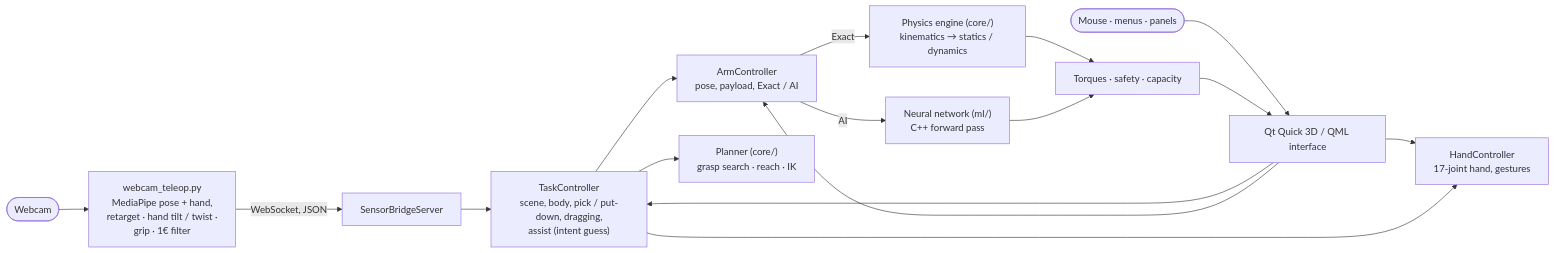
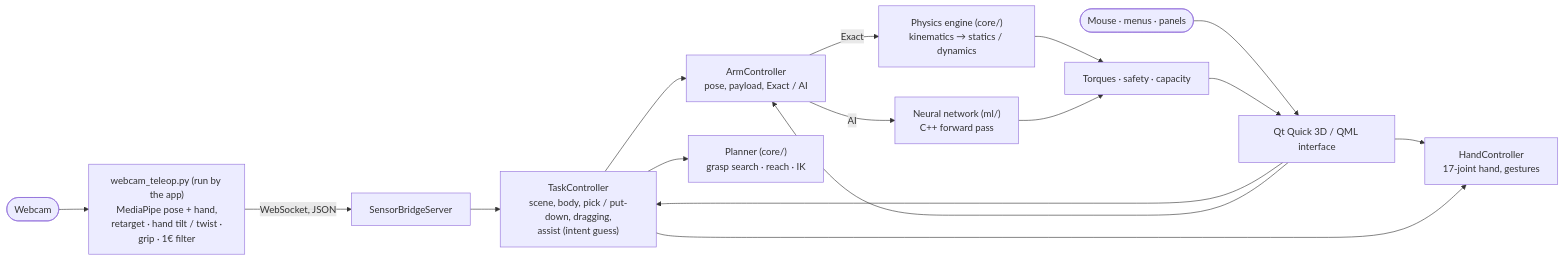
One commit to HSley13/robot-arm-analyzer changed the second of 2 diagrams in README.md. Above: the diagram before and after it, drawn with Mermaid. The commit also changed other lines of this file, not shown here.

First line of the commit message:
README: webcam runs inside the app - panel, behind view, one-time setup

````diff
--- a/README.md
+++ b/README.md
@@ -166,18 +166,18 @@
 ```mermaid
 flowchart LR
-    CAM(["Webcam"]) --> MP["webcam_teleop.py<br/>MediaPipe pose + hand,<br/>retarget · hand tilt / twist ·<br/>grip · 1€ filter"]
+    CAM(["Webcam"]) --> MP["webcam_teleop.py (run by the app)<br/>MediaPipe pose + hand,<br/>retarget · hand tilt / twist ·<br/>grip · 1€ filter"]
     MP -->|"WebSocket, JSON"| BR["SensorBridgeServer"]
     BR --> TC
     U(["Mouse · menus · panels"]) --> UI["Qt Quick 3D / QML interface"]
     UI --> TC["TaskController<br/>scene, body, pick / put-down, dragging,<br/>assist (intent guess)"]
     UI --> AC["ArmController<br/>pose, payload, Exact / AI"]
     UI --> HC["HandController<br/>17-joint hand, gestures"]
     TC --> PLAN["Planner (core/)<br/>grasp search · reach · IK"]
     TC --> AC
     TC --> HC
     AC -->|Exact| PHYS["Physics engine (core/)<br/>kinematics → statics / dynamics"]
     AC -->|AI| NN["Neural network (ml/)<br/>C++ forward pass"]
     PHYS --> RES["Torques · safety · capacity"]
     NN --> RES
     RES --> UI
 ```
````
